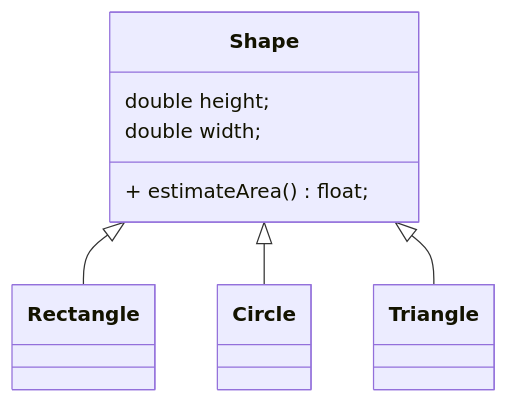
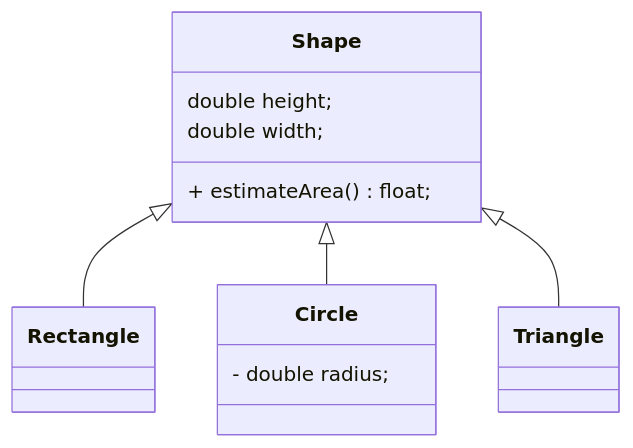
One commit to KuroiRaven/programming_practicing changed the second of 3 diagrams in 08_inheritance/readme.md. Above: the diagram before and after it, drawn with Mermaid.

Commit message:
chore: add missing attr

````diff
--- a/08_inheritance/readme.md
+++ b/08_inheritance/readme.md
@@ -60,13 +60,17 @@
 ```mermaid
 classDiagram
     Shape <|-- Rectangle
     Shape <|-- Circle
     Shape <|-- Triangle
 
     class Shape {
         double height;
         double width;
         
         + estimateArea() float;
     }
+    
+    class Circle {
+        - double radius;
+    }
 ```
````
